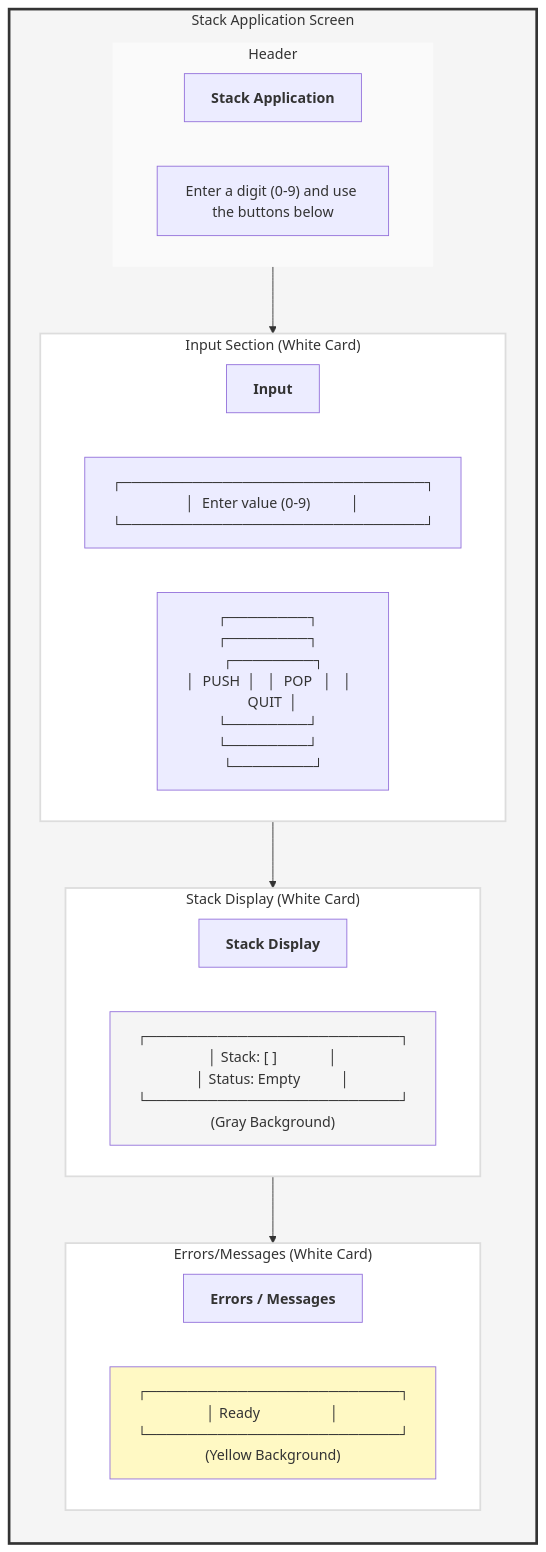
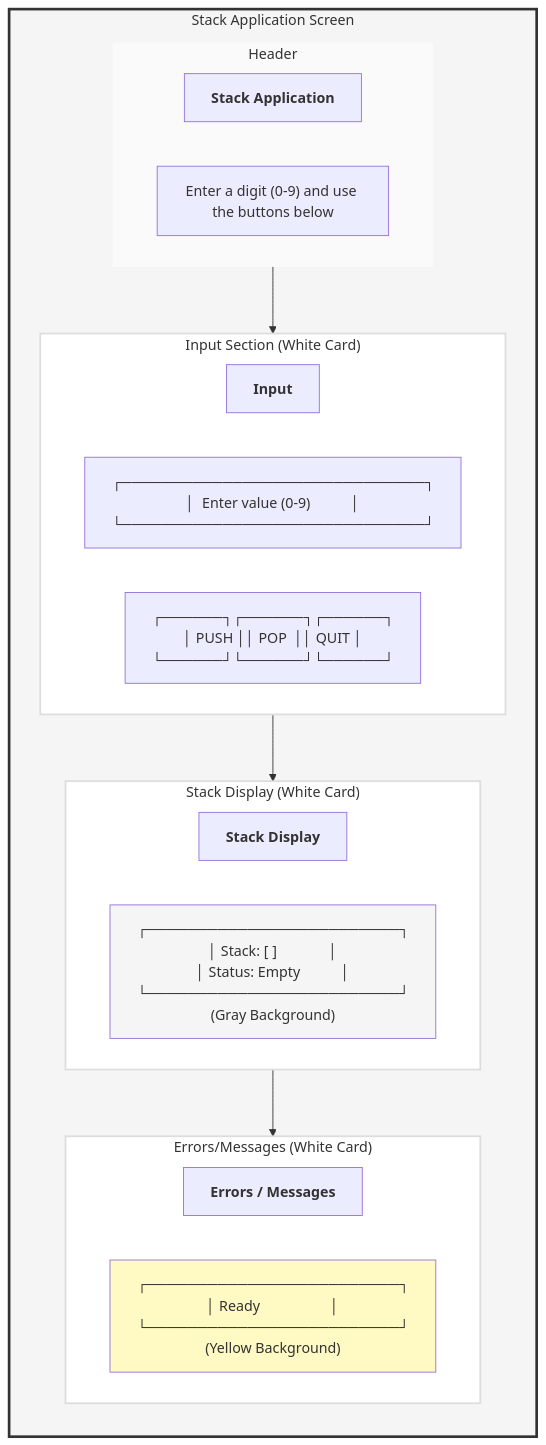
The third of 3 diagrams in README.md (LemonmadeDesigns/StackApp), drawn with Mermaid before and after one commit.

Commit message:
Update button wireframe to show overlapping layout as it appears in app

````diff
--- a/README.md
+++ b/README.md
@@ -1263,39 +1263,39 @@
 ```mermaid
 flowchart TB
     subgraph UI["Stack Application Screen"]
         direction TB
 
         subgraph Header["Header"]
             Title["<b>Stack Application</b>"]
             Hint["Enter a digit (0-9) and use the buttons below"]
         end
 
         subgraph Input["Input Section (White Card)"]
             Label1["<b>Input</b>"]
             TextField["┌──────────────────────────────┐<br/>│  Enter value (0-9)           │<br/>└──────────────────────────────┘"]
-            Buttons["┌────────┐   ┌────────┐   ┌────────┐<br/>│  PUSH  │   │  POP   │   │  QUIT  │<br/>└────────┘   └────────┘   └────────┘"]
+            Buttons["┌──────┐┌──────┐┌──────┐<br/>│ PUSH ││ POP  ││ QUIT │<br/>└──────┘└──────┘└──────┘"]
         end
 
         subgraph Display["Stack Display (White Card)"]
             Label2["<b>Stack Display</b>"]
             StackText["┌─────────────────────────┐<br/>│ Stack: [ ]              │<br/>│ Status: Empty           │<br/>└─────────────────────────┘<br/>(Gray Background)"]
         end
 
         subgraph Messages["Errors/Messages (White Card)"]
             Label3["<b>Errors / Messages</b>"]
             ErrorText["┌─────────────────────────┐<br/>│ Ready                   │<br/>└─────────────────────────┘<br/>(Yellow Background)"]
         end
     end
 
     Header --> Input
     Input --> Display
     Display --> Messages
 
     style UI fill:#F5F5F5,stroke:#333,stroke-width:3px
     style Header fill:#FAFAFA,stroke:none
     style Input fill:#FFF,stroke:#DDD,stroke-width:2px
     style Display fill:#FFF,stroke:#DDD,stroke-width:2px
     style Messages fill:#FFF,stroke:#DDD,stroke-width:2px
     style StackText fill:#F5F5F5
     style ErrorText fill:#FFF9C4
 ```
````
